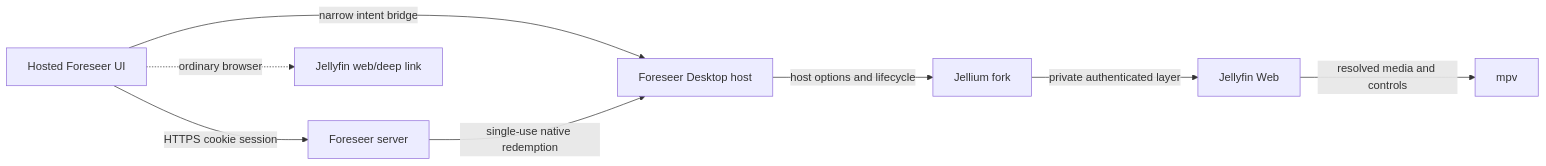
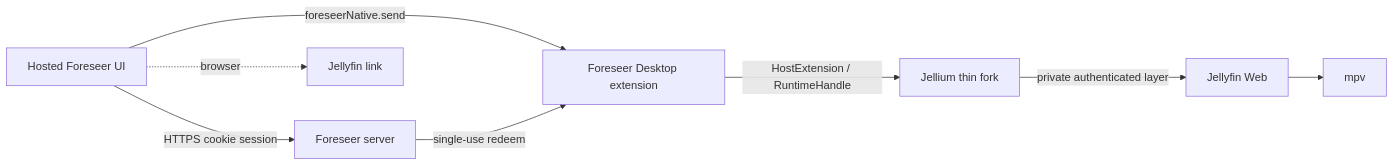
Before and after one commit to selmant/foreseer-desktop: the diagram in docs/integration-plan.md, drawn with Mermaid. The commit also changed other lines of this file and 10 other files, not shown here.

First line of the commit message:
chore: add host-extension boundary gates and v2 docs

````diff
--- a/docs/integration-plan.md
+++ b/docs/integration-plan.md
@@ -54,10 +40,10 @@
 ```mermaid
 flowchart LR
     F[Hosted Foreseer UI] -->|HTTPS cookie session| S[Foreseer server]
-    F -->|narrow intent bridge| D[Foreseer Desktop host]
-    D -->|host options and lifecycle| J[Jellium fork]
+    F -->|foreseerNative.send| D[Foreseer Desktop extension]
+    D -->|HostExtension / RuntimeHandle| J[Jellium thin fork]
     J -->|private authenticated layer| W[Jellyfin Web]
-    W -->|resolved media and controls| M[mpv]
-    S -->|single-use native redemption| D
-    F -. ordinary browser .-> L[Jellyfin web/deep link]
+    W --> M[mpv]
+    S -->|single-use redeem| D
+    F -. browser .-> L[Jellyfin link]
 ```
````
